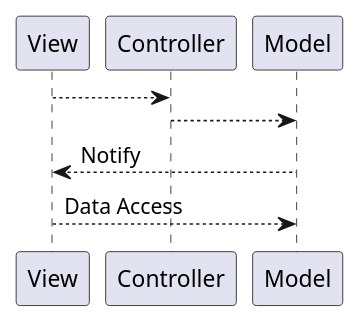
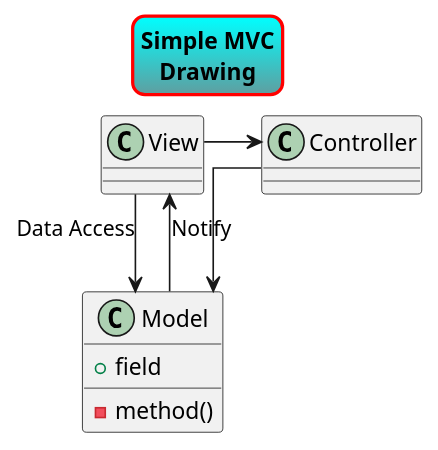
One commit to mbrick02/PHPMBBlog changed the diagram in app/mvc.pu. Above: the diagram before and after it, drawn with PlantUML.

Commit message:
plantuml Graphviz

```diff
--- a/app/mvc.pu
+++ b/app/mvc.pu
@@ -1,6 +1,22 @@
 @startuml
-View --> Controller
+
+skinparam titleBorderRoundCorner 15
+skinparam titleBorderThickness 2
+skinparam titleBorderColor red
+skinparam titleBackgroundColor Aqua-CadetBlue
+skinparam linetype ortho
+
+title Simple MVC\nDrawing
+/' comment
+actor View
+'/
+
+class Model{
+  +field
+  -method()
+}
+View -> Controller
 Controller --> Model
 Model --> View: Notify
 View --> Model: Data Access
 @enduml
```
